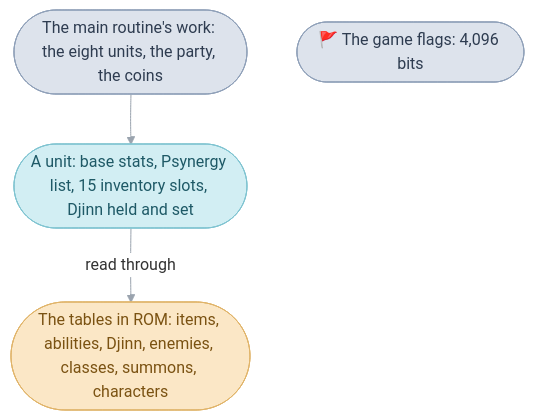
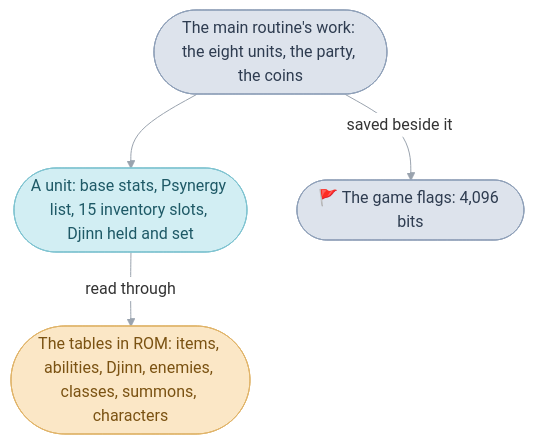
One commit to PascalPixel/alchemy changed the first of 4 diagrams in games/tbs/src/game/README.md. Above: the diagram before and after it, drawn with Mermaid. The commit also changed other lines of this file, not shown here.

First line of the commit message:
docs: game rules guide corrected after review

````diff
--- a/games/tbs/src/game/README.md
+++ b/games/tbs/src/game/README.md
@@ -34,14 +34,14 @@
 ```mermaid
 %%{init: {"theme": "base", "themeVariables": {"lineColor": "#9AA3AE", "edgeLabelBackground": "#FFFFFF"}, "flowchart": {"curve": "basis", "padding": 12}}}%%
 flowchart TD
   work(["The main routine's work: the eight units, the party, the coins"]) --> unit(["A unit: base stats, Psynergy list, 15 inventory slots, Djinn held and set"])
-  flags(["🚩 The game flags: 4,096 bits"])
+  work -- "saved beside it" --> flags(["🚩 The game flags: 4,096 bits"])
   tables(["The tables in ROM: items, abilities, Djinn, enemies, classes, summons, characters"])
   unit -- "read through" --> tables
   classDef mainRoutine fill:#DDE3EC,stroke:#8FA0B8,color:#2E3C50
   classDef sequence fill:#D2EEF3,stroke:#7FC3D0,color:#1E5966
   classDef frame fill:#FBE7C6,stroke:#E0B46A,color:#7A5212
   class work,flags mainRoutine
   class unit sequence
   class tables frame
 ```
````
